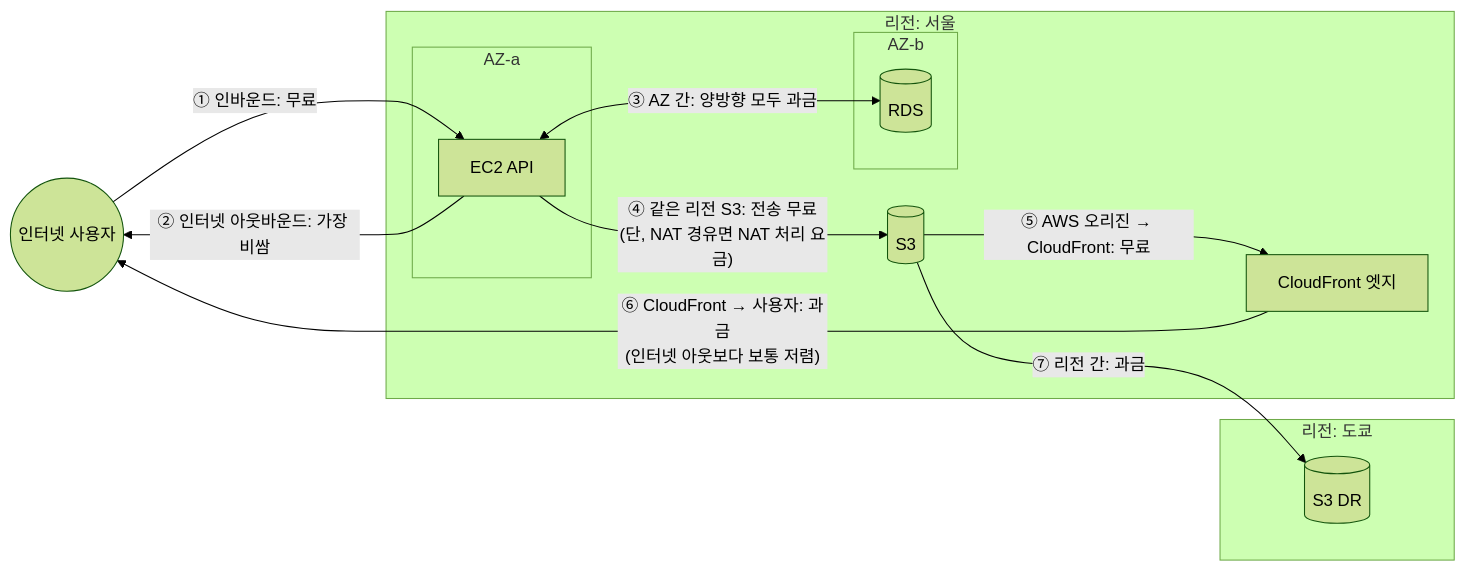
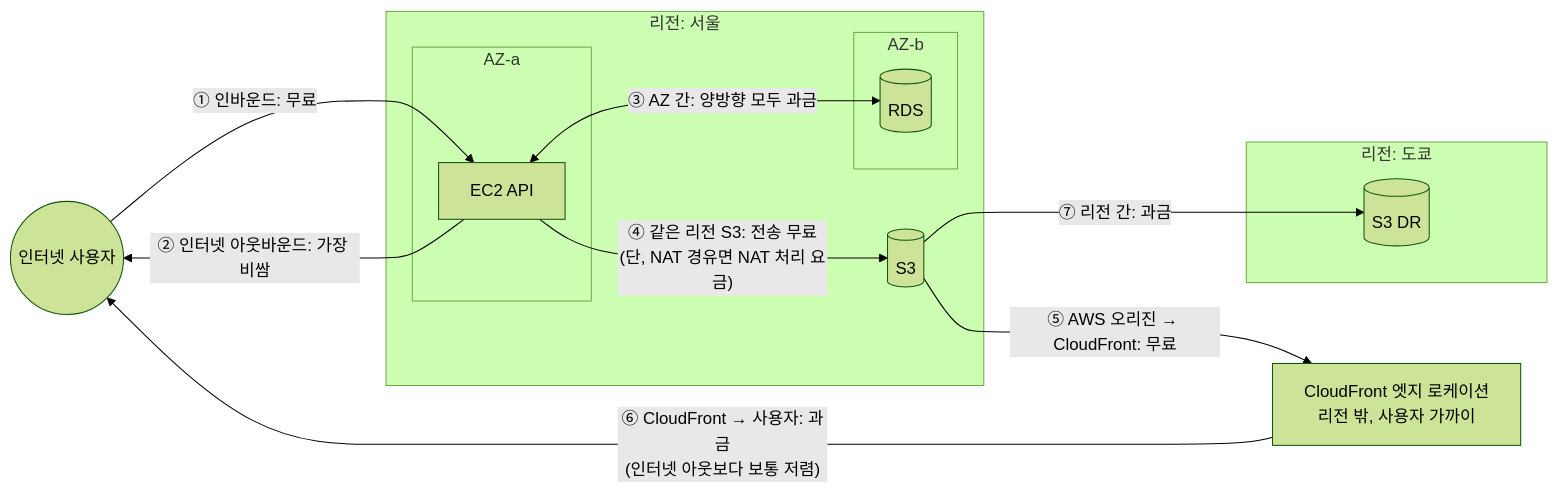
Before and after one commit to Ring-wdr/aws-newbie-guide: the diagram in curriculum/m13-cost-optimization/01-billing-and-data-transfer.md, drawn with Mermaid (forest theme). The commit also changed other lines of this file and 7 other files, not shown here.

````diff
--- a/curriculum/m13-cost-optimization/01-billing-and-data-transfer.md
+++ b/curriculum/m13-cost-optimization/01-billing-and-data-transfer.md
@@ -28,24 +28,24 @@
 ```mermaid
 flowchart LR
   U((인터넷 사용자))
   subgraph R1["리전: 서울"]
     subgraph AZa["AZ-a"]
       A1[EC2 API]
     end
     subgraph AZb["AZ-b"]
       D1[(RDS)]
     end
     S3[(S3)]
-    CF[CloudFront 엣지]
   end
+  CF[CloudFront 엣지 로케이션<br/>리전 밖, 사용자 가까이]
   subgraph R2["리전: 도쿄"]
     S3T[(S3 DR)]
   end
   U -- "① 인바운드: 무료" --> A1
   A1 -- "② 인터넷 아웃바운드: 가장 비쌈" --> U
   A1 <-- "③ AZ 간: 양방향 모두 과금" --> D1
   A1 -- "④ 같은 리전 S3: 전송 무료<br/>(단, NAT 경유면 NAT 처리 요금)" --> S3
   S3 -- "⑤ AWS 오리진 → CloudFront: 무료" --> CF
   CF -- "⑥ CloudFront → 사용자: 과금<br/>(인터넷 아웃보다 보통 저렴)" --> U
   S3 -- "⑦ 리전 간: 과금" --> S3T
 ```
````
